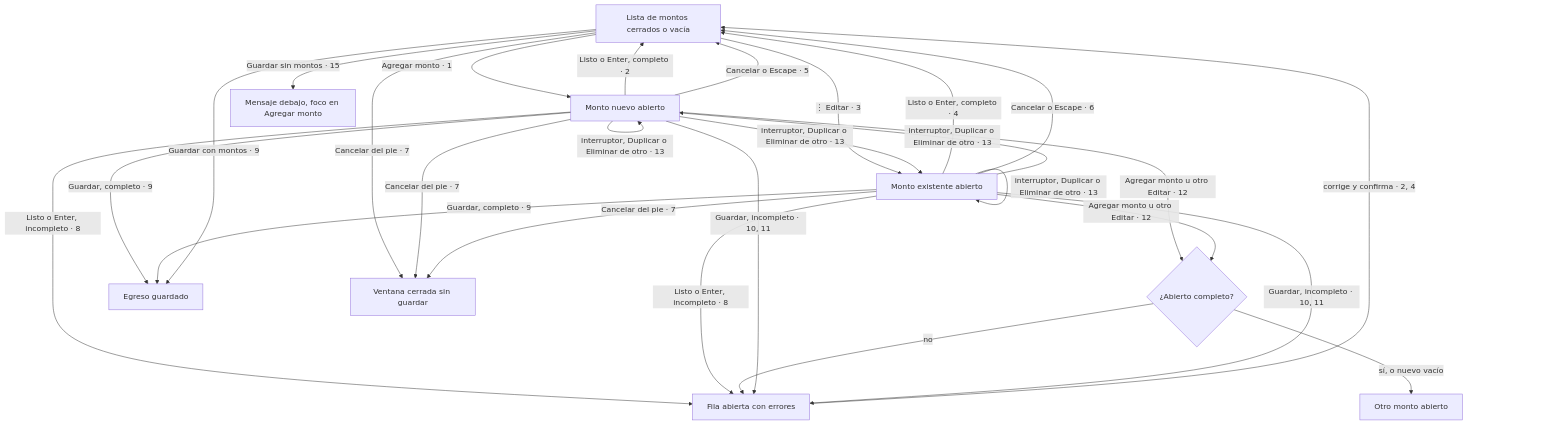
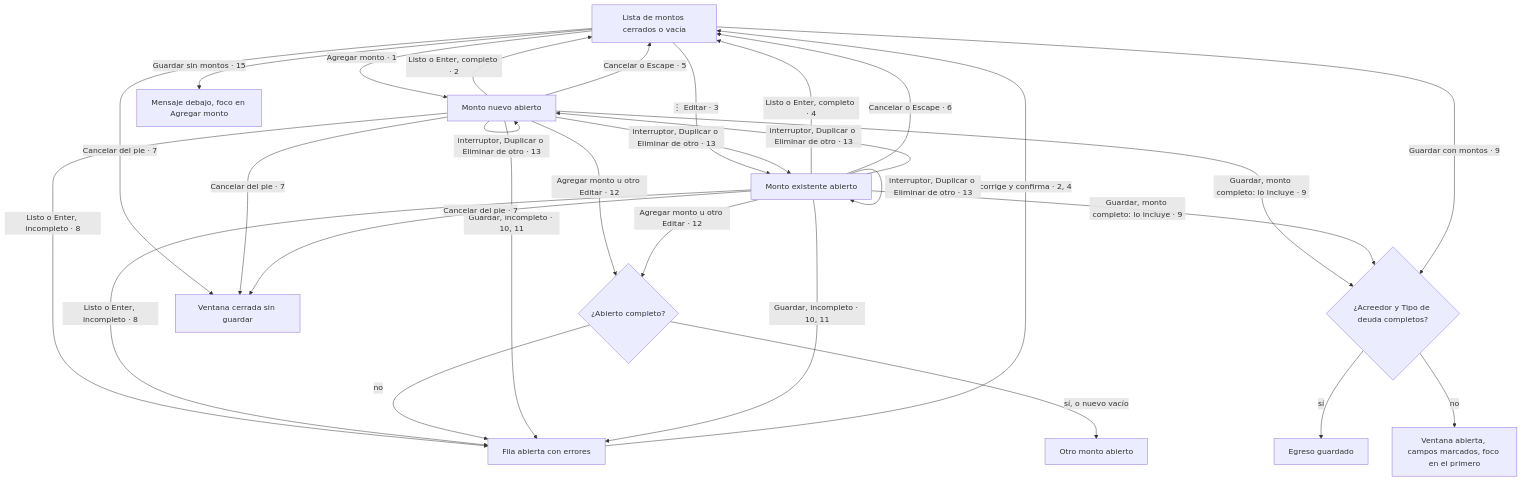
Before and after one commit to rochafederico/nivva: the diagram in specs/002-agregar-editar-monto-en-lista/flujo.md, drawn with Mermaid.

Commit message:
Flujo 002: Guardar valida Acreedor y Tipo de deuda (criterio 9)
Claude-Session: https://claude.ai/code/session_01B92UGqiouaaAZ19pquoDnq

````diff
--- a/specs/002-agregar-editar-monto-en-lista/flujo.md
+++ b/specs/002-agregar-editar-monto-en-lista/flujo.md
@@ -7,20 +7,22 @@
 ```mermaid
 flowchart TD
   L[Lista de montos cerrados o vacía] -->|Agregar monto · 1| N[Monto nuevo abierto]
   L -->|⋮ Editar · 3| E[Monto existente abierto]
   N -->|Listo o Enter, completo · 2| L
   E -->|Listo o Enter, completo · 4| L
   N -->|Cancelar o Escape · 5| L
   E -->|Cancelar o Escape · 6| L
   N & E -->|Listo o Enter, incompleto · 8| X[Fila abierta con errores]
   X -->|corrige y confirma · 2, 4| L
   N & E -->|Agregar monto u otro Editar · 12| O{¿Abierto completo?}
   O -->|sí, o nuevo vacío| A[Otro monto abierto]
   O -->|no| X
   N & E -->|interruptor, Duplicar o Eliminar de otro · 13| N & E
   L -->|Guardar sin montos · 15| V[Mensaje debajo, foco en Agregar monto]
-  N & E -->|Guardar, completo · 9| G[Egreso guardado]
+  N & E -->|Guardar, monto completo: lo incluye · 9| R{¿Acreedor y Tipo de deuda completos?}
+  R -->|sí| G[Egreso guardado]
+  R -->|no| F[Ventana abierta, campos marcados, foco en el primero]
   N & E -->|Guardar, incompleto · 10, 11| X
-  L -->|Guardar con montos · 9| G
+  L -->|Guardar con montos · 9| R
   L & N & E -->|Cancelar del pie · 7| C[Ventana cerrada sin guardar]
 ```
````
